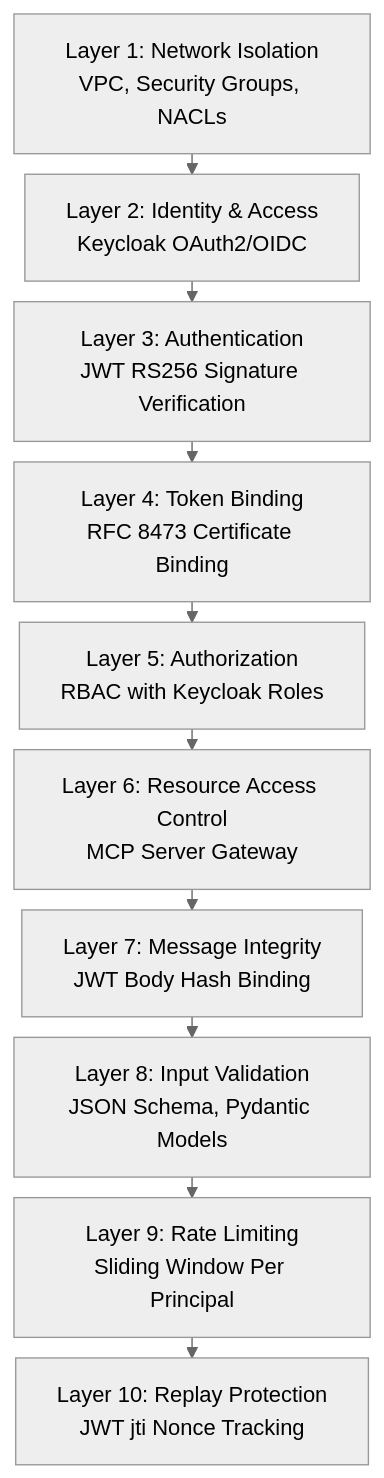
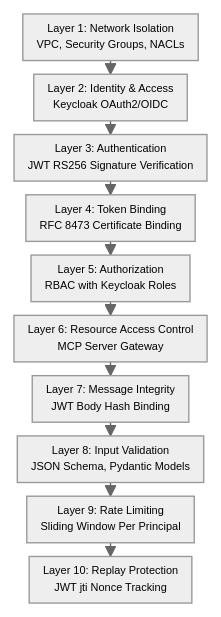
One commit to jaafar-benabderrazak/ca_a2a changed the third of 10 diagrams in CA_A2A_COMPLETE_SECURITY_DOCUMENTATION.md. Above: the diagram before and after it, drawn with Mermaid. The commit also changed other lines of this file and 1 other file, not shown here.

Commit message:
Make Mermaid graphs compact with 8px font size

````diff
--- a/CA_A2A_COMPLETE_SECURITY_DOCUMENTATION.md
+++ b/CA_A2A_COMPLETE_SECURITY_DOCUMENTATION.md
@@ -264,18 +264,18 @@
 ```mermaid
-%%{init: {"theme":"neutral","flowchart":{"nodeSpacing":12,"rankSpacing":15}}}%%
+%%{init: {"theme":"neutral","themeVariables":{"fontSize":"8px","fontFamily":"sans-serif"},"flowchart":{"nodeSpacing":8,"rankSpacing":10,"padding":5}}}%%
 graph TB
     L1["Layer 1: Network Isolation<br/>VPC, Security Groups, NACLs"]
     L2["Layer 2: Identity & Access<br/>Keycloak OAuth2/OIDC"]
     L3["Layer 3: Authentication<br/>JWT RS256 Signature Verification"]
     L4["Layer 4: Token Binding<br/>RFC 8473 Certificate Binding"]
     L5["Layer 5: Authorization<br/>RBAC with Keycloak Roles"]
     L6["Layer 6: Resource Access Control<br/>MCP Server Gateway"]
     L7["Layer 7: Message Integrity<br/>JWT Body Hash Binding"]
     L8["Layer 8: Input Validation<br/>JSON Schema, Pydantic Models"]
     L9["Layer 9: Rate Limiting<br/>Sliding Window Per Principal"]
     L10["Layer 10: Replay Protection<br/>JWT jti Nonce Tracking"]
     
     L1 --> L2 --> L3 --> L4 --> L5 --> L6 --> L7 --> L8 --> L9 --> L10
     
     %% Styling intentionally removed for readability (no color blocks).
 ```
````
